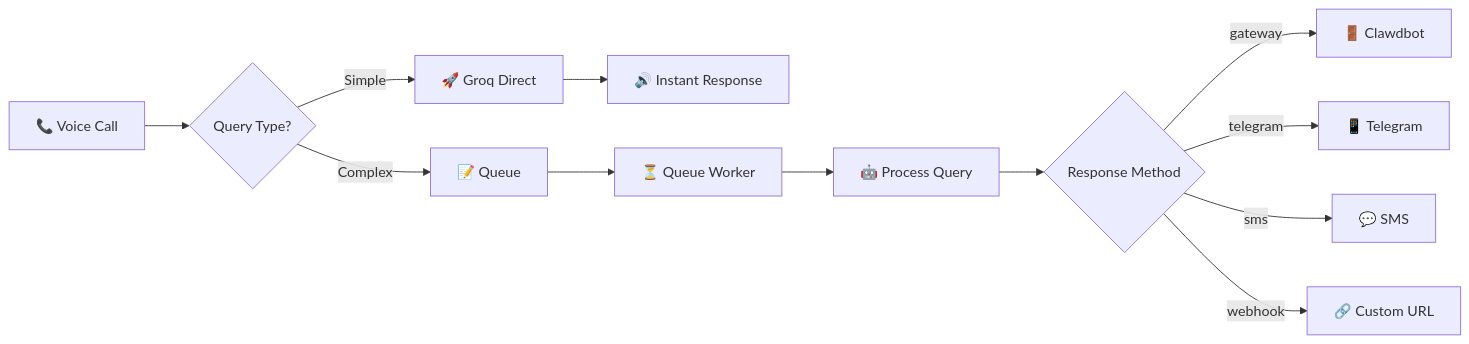
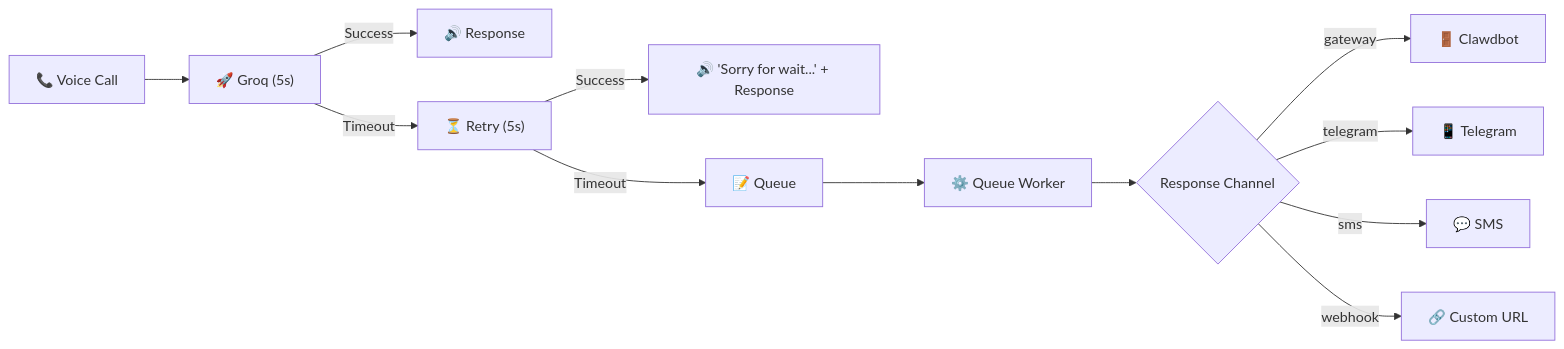
The fifth of 5 diagrams in README.md (CodaLabs-xyz/openclaw-twilio-voice-skill), drawn with Mermaid before and after one commit. The commit also changed other lines of this file and 1 other file, not shown here.

First line of the commit message:
feat: retry logic with graceful fallback to async queue

````diff
--- a/README.md
+++ b/README.md
@@ -456,14 +456,14 @@
 ```mermaid
 graph LR
-    A["📞 Voice Call"] --> B{"Query Type?"}
-    B -->|Simple| C["🚀 Groq Direct"]
-    C --> D["🔊 Instant Response"]
-    B -->|Complex| E["📝 Queue"]
-    E --> F["⏳ Queue Worker"]
-    F --> G["🤖 Process Query"]
-    G --> H{"Response Method"}
+    A["📞 Voice Call"] --> B["🚀 Groq (5s)"]
+    B -->|Success| C["🔊 Response"]
+    B -->|Timeout| D["⏳ Retry (5s)"]
+    D -->|Success| E["🔊 'Sorry for wait...' + Response"]
+    D -->|Timeout| F["📝 Queue"]
+    F --> G["⚙️ Queue Worker"]
+    G --> H{"Response Channel"}
     H -->|gateway| I["🚪 Clawdbot"]
     H -->|telegram| J["📱 Telegram"]
     H -->|sms| K["💬 SMS"]
     H -->|webhook| L["🔗 Custom URL"]
 ```
````
